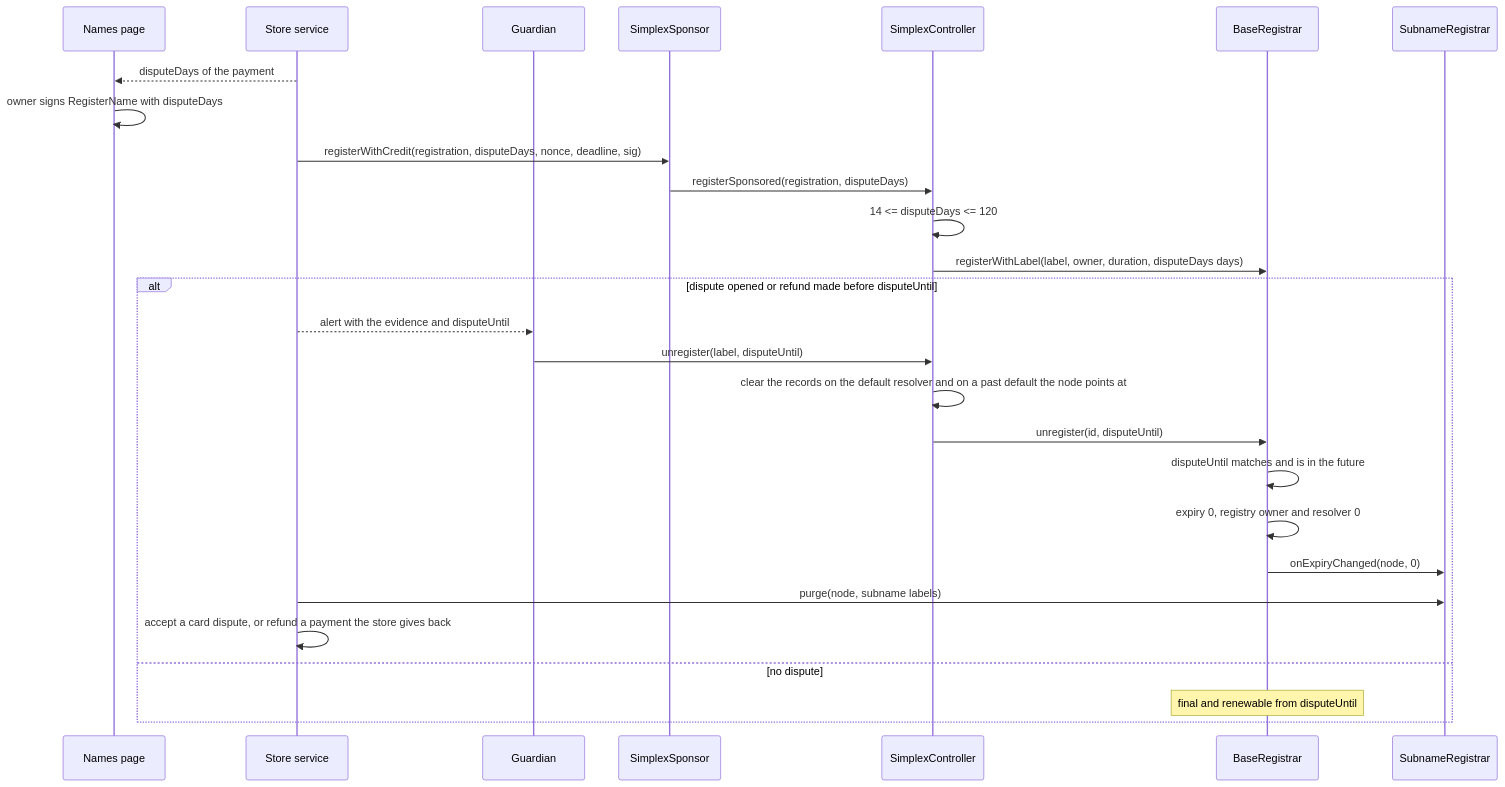
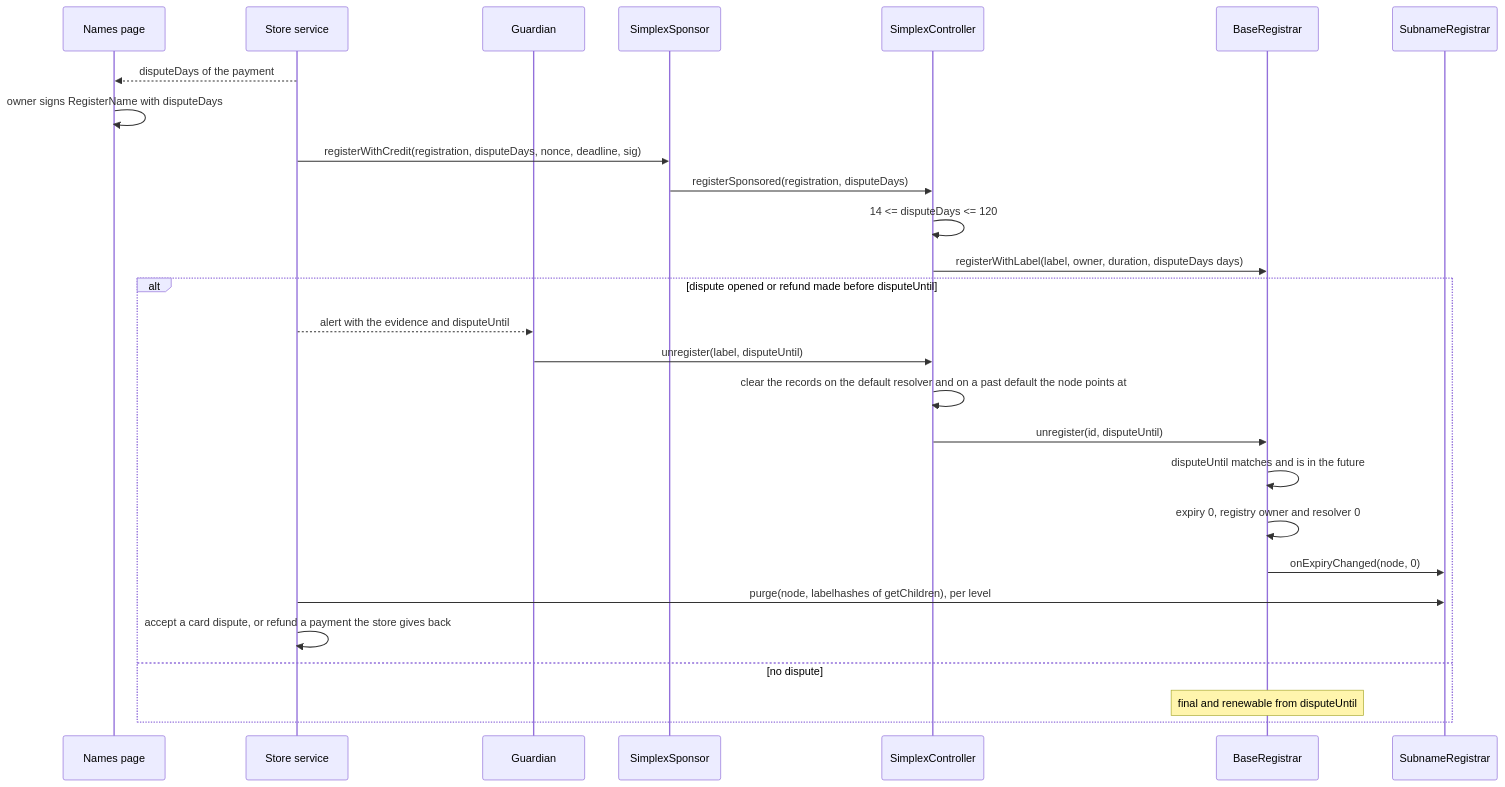
Before and after one commit to brenzi/simplex-namespace-contract: the second of 3 diagrams in docs/plans/dispute-period.md, drawn with Mermaid. The commit also changed other lines of this file and 3 other files, not shown here.

````diff
--- a/docs/plans/dispute-period.md
+++ b/docs/plans/dispute-period.md
@@ -99,29 +99,29 @@
 ```mermaid
 sequenceDiagram
   participant P as Names page
   participant S as Store service
   participant G as Guardian
   participant Sp as SimplexSponsor
   participant C as SimplexController
   participant R as BaseRegistrar
   participant N as SubnameRegistrar
   S-->>P: disputeDays of the payment
   P->>P: owner signs RegisterName with disputeDays
   S->>Sp: registerWithCredit(registration, disputeDays, nonce, deadline, sig)
   Sp->>C: registerSponsored(registration, disputeDays)
   C->>C: 14 <= disputeDays <= 120
   C->>R: registerWithLabel(label, owner, duration, disputeDays days)
   alt dispute opened or refund made before disputeUntil
     S-->>G: alert with the evidence and disputeUntil
     G->>C: unregister(label, disputeUntil)
     C->>C: clear the records on the default resolver and on a past default the node points at
     C->>R: unregister(id, disputeUntil)
     R->>R: disputeUntil matches and is in the future
     R->>R: expiry 0, registry owner and resolver 0
     R->>N: onExpiryChanged(node, 0)
-    S->>N: purge(node, subname labels)
+    S->>N: purge(node, labelhashes of getChildren), per level
     S->>S: accept a card dispute, or refund a payment the store gives back
   else no dispute
     Note over R: final and renewable from disputeUntil
   end
 ```
````
